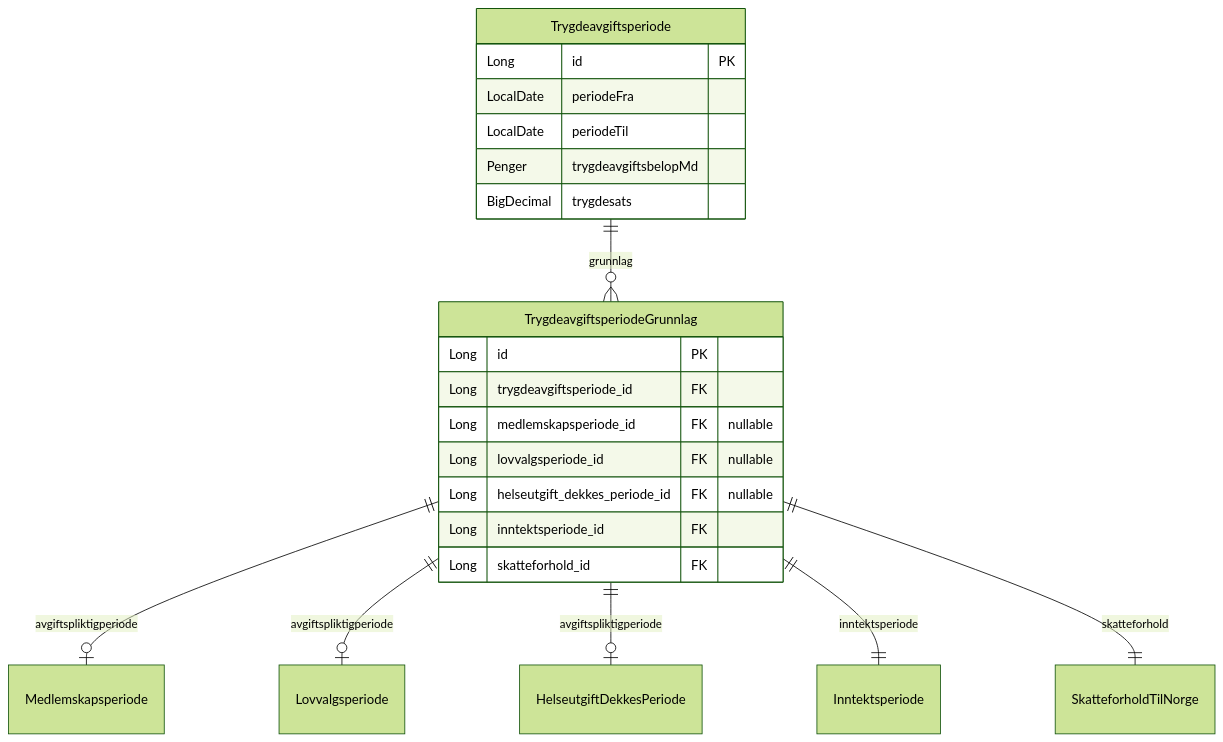
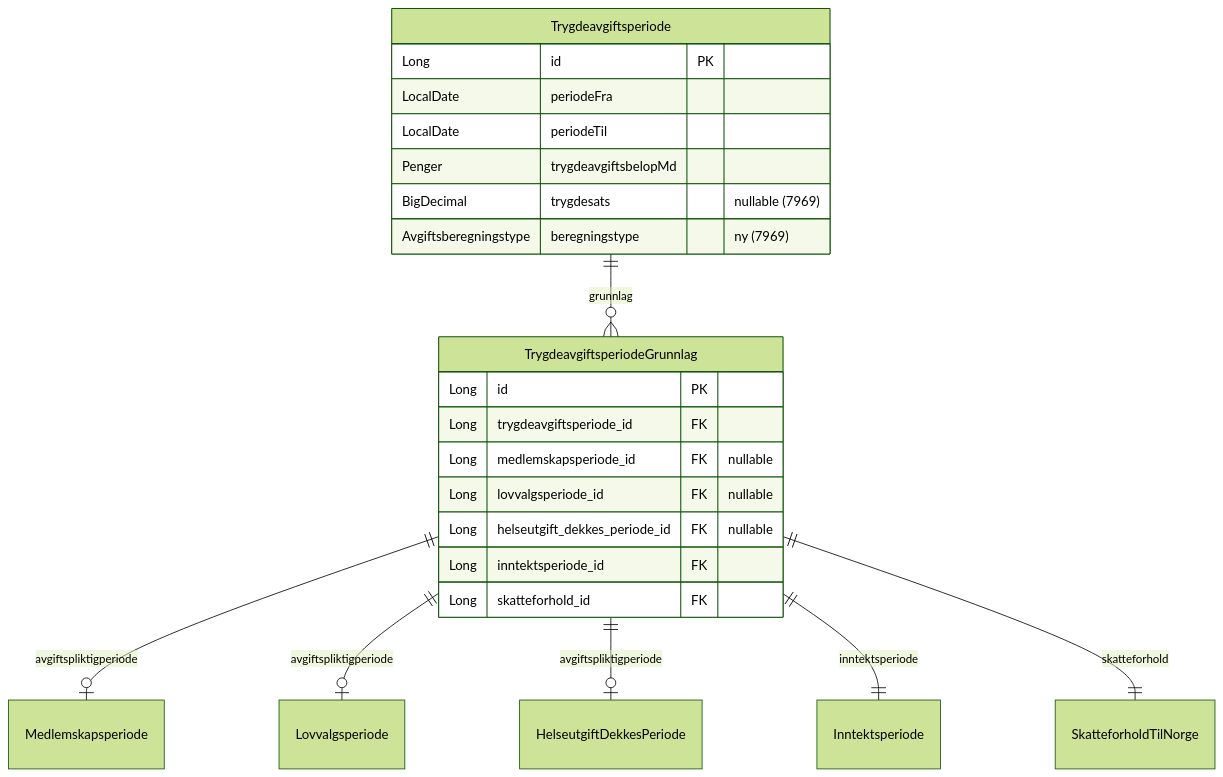
One commit to navikt/melosys-api changed the second of 6 diagrams in docs/MELOSYS-7588-implementeringsplan.md. Above: the diagram before and after it, drawn with Mermaid (forest theme). The commit also changed other lines of this file, not shown here.

First line of the commit message:
7588+7969 Oppdater plan med beregningstype og nullable sats

````diff
--- a/docs/MELOSYS-7588-implementeringsplan.md
+++ b/docs/MELOSYS-7588-implementeringsplan.md
@@ -51,27 +67,28 @@
 ```mermaid
 erDiagram
     Trygdeavgiftsperiode ||--o{ TrygdeavgiftsperiodeGrunnlag : "grunnlag"
     TrygdeavgiftsperiodeGrunnlag ||--o| Medlemskapsperiode : "avgiftspliktigperiode"
     TrygdeavgiftsperiodeGrunnlag ||--o| Lovvalgsperiode : "avgiftspliktigperiode"
     TrygdeavgiftsperiodeGrunnlag ||--o| HelseutgiftDekkesPeriode : "avgiftspliktigperiode"
     TrygdeavgiftsperiodeGrunnlag ||--|| Inntektsperiode : "inntektsperiode"
     TrygdeavgiftsperiodeGrunnlag ||--|| SkatteforholdTilNorge : "skatteforhold"
 
     Trygdeavgiftsperiode {
         Long id PK
         LocalDate periodeFra
         LocalDate periodeTil
         Penger trygdeavgiftsbelopMd
-        BigDecimal trygdesats
+        BigDecimal trygdesats "nullable (7969)"
+        Avgiftsberegningstype beregningstype "ny (7969)"
     }
 
     TrygdeavgiftsperiodeGrunnlag {
         Long id PK
         Long trygdeavgiftsperiode_id FK
         Long medlemskapsperiode_id FK "nullable"
         Long lovvalgsperiode_id FK "nullable"
         Long helseutgift_dekkes_periode_id FK "nullable"
         Long inntektsperiode_id FK
         Long skatteforhold_id FK
     }
 ```
````
